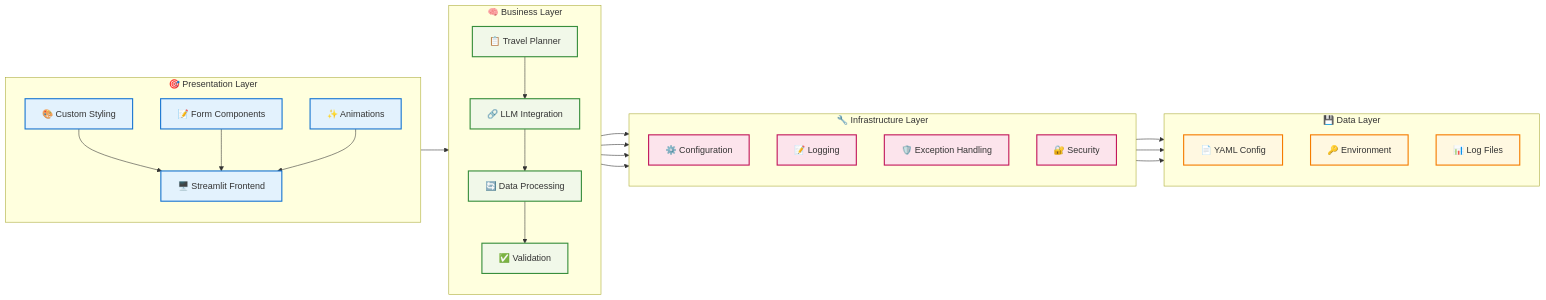
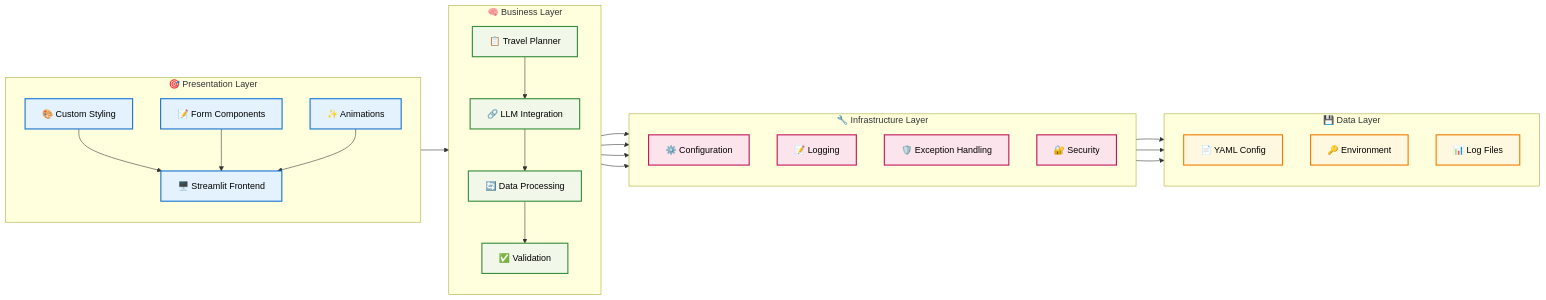
One commit to neerajprasad209/LLM-POWERED-TRAVELL_PLANNER changed the third of 9 diagrams in HLD_Document.md. Above: the diagram before and after it, drawn with Mermaid. The commit also changed other lines of this file, not shown here.

````diff
--- a/HLD_Document.md
+++ b/HLD_Document.md
@@ -98,61 +98,61 @@
 ```mermaid
 graph LR
     subgraph "🎯 Presentation Layer"
         direction TB
         A1["🖥️ Streamlit Frontend"]
         A2["🎨 Custom Styling"]
         A3["📝 Form Components"]
         A4["✨ Animations"]
     end
     
     subgraph "🧠 Business Layer"
         direction TB
         B1["📋 Travel Planner"]
         B2["🔗 LLM Integration"]
         B3["🔄 Data Processing"]
         B4["✅ Validation"]
     end
     
     subgraph "🔧 Infrastructure Layer"
         direction TB
         C1["⚙️ Configuration"]
         C2["📝 Logging"]
         C3["🛡️ Exception Handling"]
         C4["🔐 Security"]
     end
     
     subgraph "💾 Data Layer"
         direction TB
         D1["📄 YAML Config"]
         D2["🔑 Environment"]
         D3["📊 Log Files"]
     end
     
     A1 --> B1
     A2 --> A1
     A3 --> A1
     A4 --> A1
     
     B1 --> B2
     B2 --> B3
     B3 --> B4
     
     B1 --> C1
     B2 --> C2
     B3 --> C3
     B4 --> C4
     
     C1 --> D1
     C1 --> D2
     C2 --> D3
     
-    classDef presentation fill:#e3f2fd,stroke:#1976d2,stroke-width:2px
-    classDef business fill:#f1f8e9,stroke:#388e3c,stroke-width:2px
-    classDef infrastructure fill:#fce4ec,stroke:#c2185b,stroke-width:2px
-    classDef data fill:#fff8e1,stroke:#f57c00,stroke-width:2px
+    classDef presentation fill:#e3f2fd,stroke:#1976d2,stroke-width:2px,color:#000000
+    classDef business fill:#f1f8e9,stroke:#388e3c,stroke-width:2px,color:#000000
+    classDef infrastructure fill:#fce4ec,stroke:#c2185b,stroke-width:2px,color:#000000
+    classDef data fill:#fff8e1,stroke:#f57c00,stroke-width:2px,color:#000000
     
     class A1,A2,A3,A4 presentation
     class B1,B2,B3,B4 business
     class C1,C2,C3,C4 infrastructure
     class D1,D2,D3 data
 ```
````
